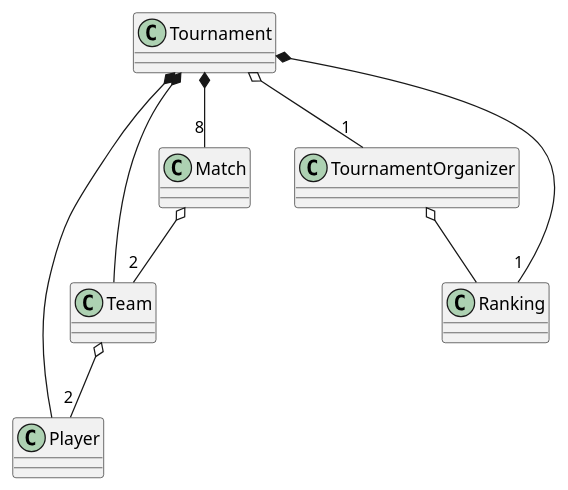
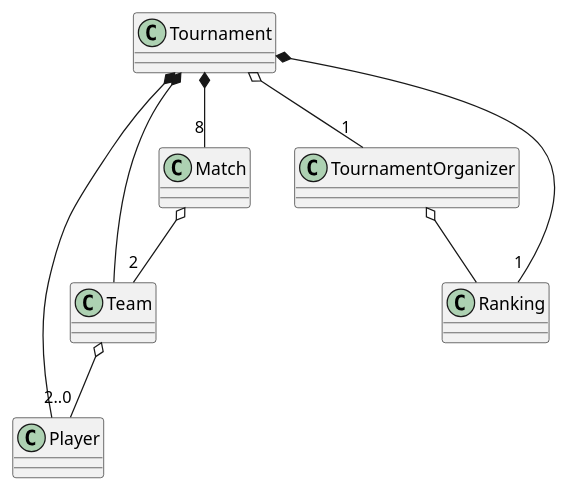
The diagram in doc/Domain.puml (DeRp-DaWg/SP3), drawn with PlantUML before and after one commit.

Commit message:
Documentation

```diff
--- a/doc/Domain.puml
+++ b/doc/Domain.puml
@@ -1,33 +1,33 @@
 @startuml
 'https://plantuml.com/class-diagram
 
 
 
 class Player {
 }
 
 class Team {
 }
 
 class Match {
 }
 
 class Tournament {
 }
 
 class TournamentOrganizer {
 }
 
 class Ranking {
 }
 
 Tournament o-- "1" TournamentOrganizer
 Tournament *-- "8" Match
 Tournament *-- Player
 Tournament *-- Team
 Tournament *-- "1" Ranking
 Match o-- "2" Team
-Team o-- "2" Player
+Team o-- "2..0" Player
 TournamentOrganizer o-- Ranking
 
 @enduml
```
